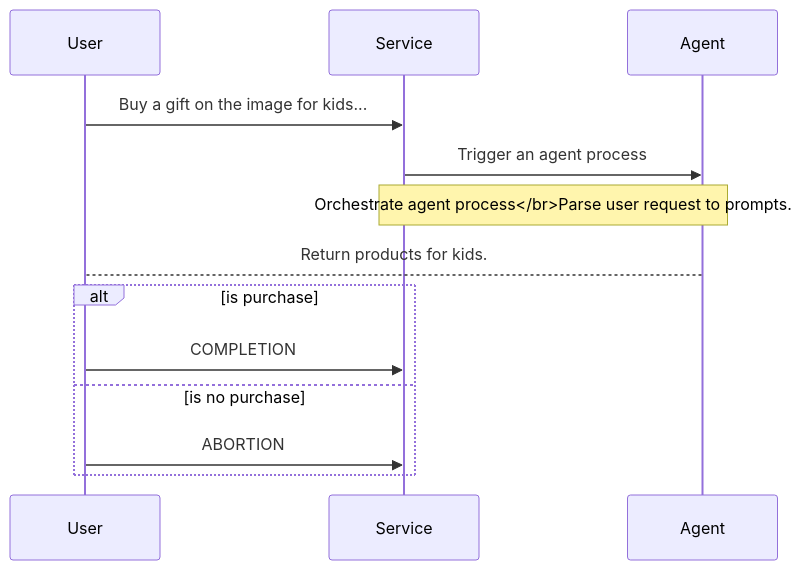
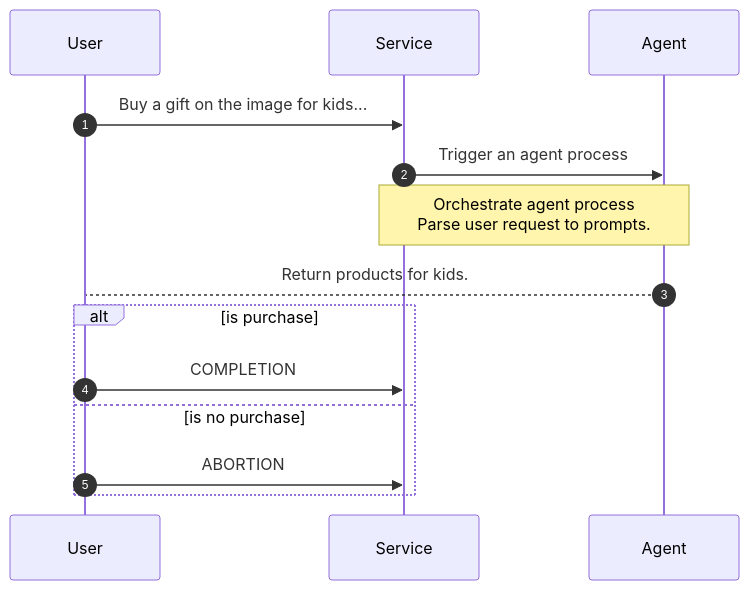
Before and after one commit to yueguoguo/yueguoguo.github.io: the third of 4 diagrams in _posts/2024-11-31-service-as-a-software.md, drawn with Mermaid. The commit also changed other lines of this file, not shown here.

```diff
--- a/_posts/2024-11-31-service-as-a-software.md
+++ b/_posts/2024-11-31-service-as-a-software.md
@@ -188,12 +190,13 @@
 <div class="mermaid">
 sequenceDiagram
+    autonumber
     User->>Service: Buy a gift on the image for kids...
     Service->>Agent: Trigger an agent process
-    Note over Service,Agent: Orchestrate agent process</br>Parse user request to prompts. 
+    Note over Service,Agent: Orchestrate agent process<br/>Parse user request to prompts. 
     Agent-->User: Return products for kids.
     alt is purchase
         User->>Service: COMPLETION
     else is no purchase
         User->>Service: ABORTION
     end
 </div>
```
